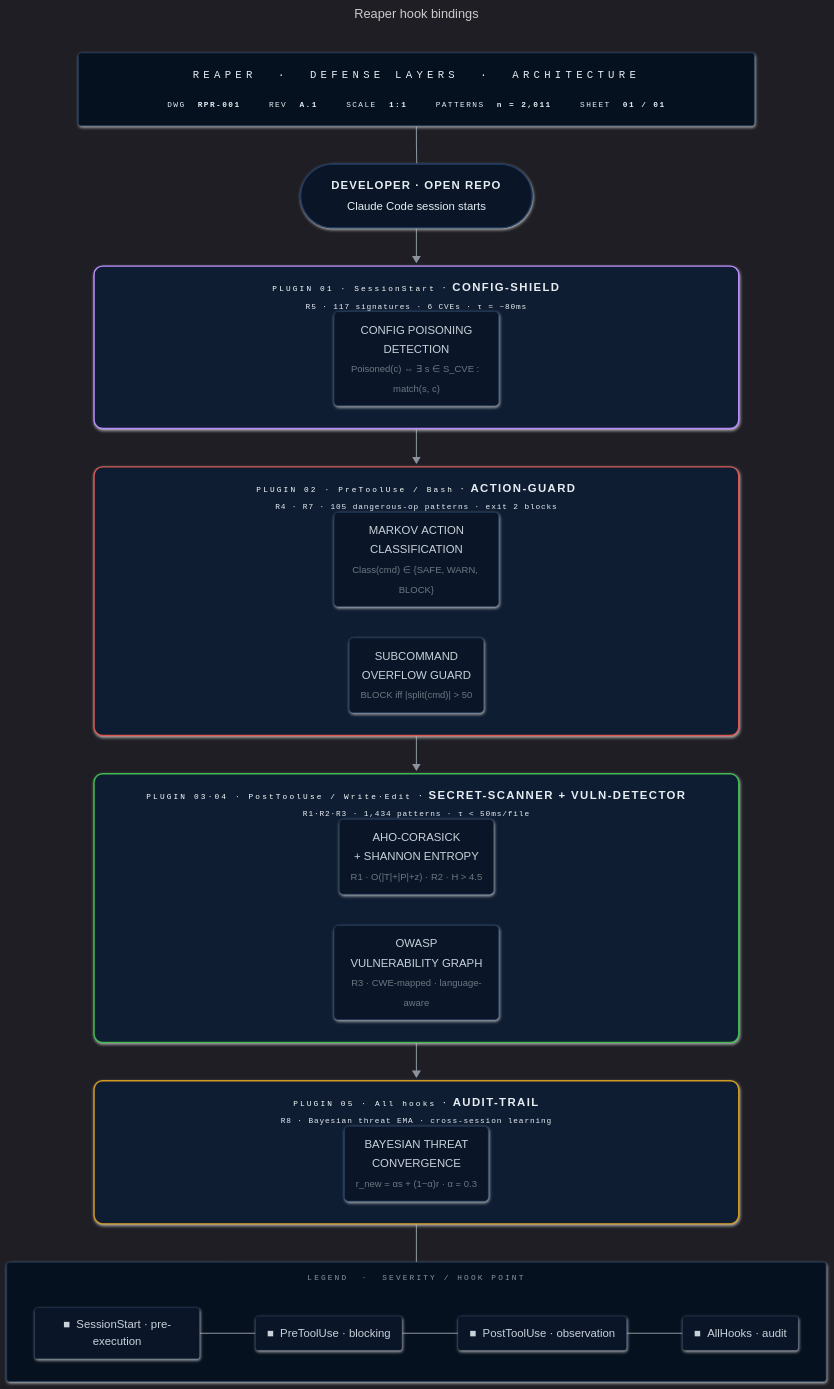
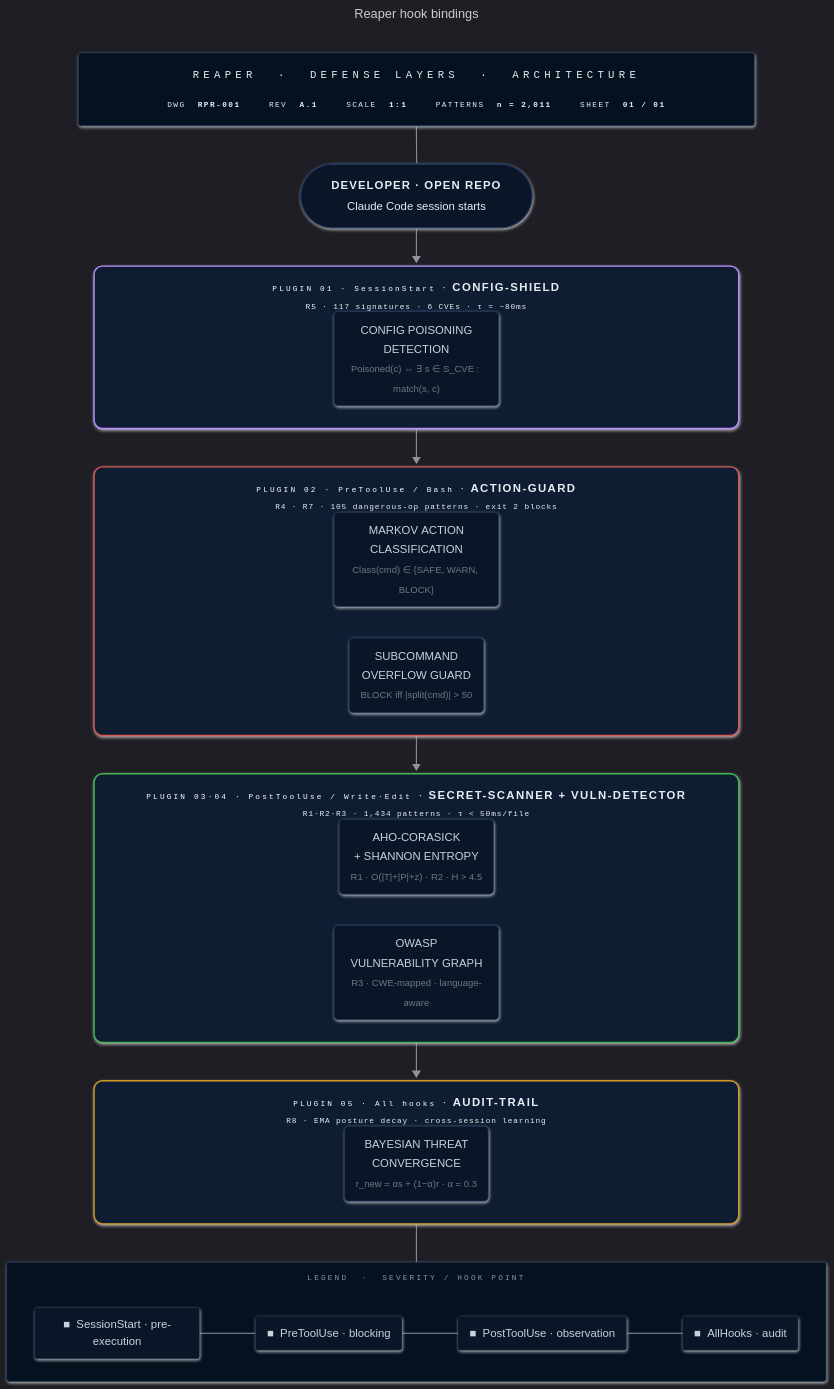
Before and after one commit to enchanter-ai/hydra: the diagram in docs/assets/pipeline.mmd, drawn with Mermaid. The commit also changed 9 other files, not shown here.

```diff
--- a/docs/assets/pipeline.mmd
+++ b/docs/assets/pipeline.mmd
@@ -1,72 +1,72 @@
 ---
 title: Reaper hook bindings
 config:
   look: neo
   theme: dark
   flowchart:
     curve: basis
     padding: 18
     nodeSpacing: 44
     rankSpacing: 54
     htmlLabels: true
     subGraphTitleMargin:
       top: 14
       bottom: 18
 ---
 flowchart TD
     TitleBlock["<div style='font-family:ui-monospace,SFMono-Regular,Consolas,monospace;text-align:center;min-width:900px;padding:6px 10px;line-height:1.8'><div style='color:#58a6ff;font-size:15px;letter-spacing:6px;border-bottom:1px solid #1e3a5f;padding-bottom:10px;margin-bottom:10px'>REAPER &nbsp;·&nbsp; DEFENSE&nbsp;LAYERS &nbsp;·&nbsp; ARCHITECTURE</div><div style='display:flex;gap:40px;justify-content:center;font-size:11px;color:#8b949e;letter-spacing:2px'><span>DWG&nbsp;&nbsp;<b style='color:#e6edf3'>RPR-001</b></span><span>REV&nbsp;&nbsp;<b style='color:#e6edf3'>A.1</b></span><span>SCALE&nbsp;&nbsp;<b style='color:#e6edf3'>1:1</b></span><span>PATTERNS&nbsp;&nbsp;<b style='color:#e6edf3'>n&nbsp;=&nbsp;2,011</b></span><span>SHEET&nbsp;&nbsp;<b style='color:#e6edf3'>01&nbsp;/&nbsp;01</b></span></div></div>"]
 
     User(["<div style='text-align:center;line-height:1.8;padding:4px 12px'><b style='letter-spacing:1.5px'>DEVELOPER&nbsp;·&nbsp;OPEN&nbsp;REPO</b><br/><span style='color:#8b949e;font-size:12px'>Claude Code session starts</span></div>"])
 
     subgraph SS["<div style='text-align:center;min-width:900px;line-height:2'><div><span style='font-family:ui-monospace,monospace;color:#8b949e;font-size:11px;letter-spacing:3px'>PLUGIN&nbsp;01&nbsp;·&nbsp;SessionStart</span>&nbsp;&nbsp;·&nbsp;&nbsp;<b style='letter-spacing:2px'>CONFIG-SHIELD</b></div><div style='color:#6e7681;font-size:11px;font-family:ui-monospace,monospace;letter-spacing:1.2px'>R5&nbsp;·&nbsp;117&nbsp;signatures&nbsp;·&nbsp;6&nbsp;CVEs&nbsp;·&nbsp;τ&nbsp;≈&nbsp;~80ms</div></div>"]
         direction LR
         config["<div style='text-align:center;line-height:1.7'>CONFIG&nbsp;POISONING<br/>DETECTION<br/><small style='color:#6e7681'>Poisoned(c) ⇔ ∃ s ∈ S_CVE : match(s, c)</small></div>"]
     end
 
     subgraph Pre["<div style='text-align:center;min-width:900px;line-height:2'><div><span style='font-family:ui-monospace,monospace;color:#8b949e;font-size:11px;letter-spacing:3px'>PLUGIN&nbsp;02&nbsp;·&nbsp;PreToolUse&nbsp;/&nbsp;Bash</span>&nbsp;&nbsp;·&nbsp;&nbsp;<b style='letter-spacing:2px'>ACTION-GUARD</b></div><div style='color:#6e7681;font-size:11px;font-family:ui-monospace,monospace;letter-spacing:1.2px'>R4 · R7&nbsp;·&nbsp;105&nbsp;dangerous-op&nbsp;patterns&nbsp;·&nbsp;exit&nbsp;2&nbsp;blocks</div></div>"]
         direction LR
         guard["<div style='text-align:center;line-height:1.7'>MARKOV&nbsp;ACTION<br/>CLASSIFICATION<br/><small style='color:#6e7681'>Class(cmd) ∈ {SAFE, WARN, BLOCK}</small></div>"]
         overflow["<div style='text-align:center;line-height:1.7'>SUBCOMMAND<br/>OVERFLOW&nbsp;GUARD<br/><small style='color:#6e7681'>BLOCK iff |split(cmd)| > 50</small></div>"]
     end
 
     subgraph Post["<div style='text-align:center;min-width:900px;line-height:2'><div><span style='font-family:ui-monospace,monospace;color:#8b949e;font-size:11px;letter-spacing:3px'>PLUGIN&nbsp;03·04&nbsp;·&nbsp;PostToolUse&nbsp;/&nbsp;Write·Edit</span>&nbsp;&nbsp;·&nbsp;&nbsp;<b style='letter-spacing:2px'>SECRET-SCANNER&nbsp;+&nbsp;VULN-DETECTOR</b></div><div style='color:#6e7681;font-size:11px;font-family:ui-monospace,monospace;letter-spacing:1.2px'>R1·R2·R3&nbsp;·&nbsp;1,434&nbsp;patterns&nbsp;·&nbsp;τ&nbsp;&lt;&nbsp;50ms/file</div></div>"]
         direction LR
         secrets["<div style='text-align:center;line-height:1.7'>AHO-CORASICK<br/>+ SHANNON ENTROPY<br/><small style='color:#6e7681'>R1 · O(|T|+|P|+z) · R2 · H > 4.5</small></div>"]
         vulns["<div style='text-align:center;line-height:1.7'>OWASP<br/>VULNERABILITY&nbsp;GRAPH<br/><small style='color:#6e7681'>R3 · CWE-mapped · language-aware</small></div>"]
     end
 
-    subgraph Audit["<div style='text-align:center;min-width:900px;line-height:2'><div><span style='font-family:ui-monospace,monospace;color:#8b949e;font-size:11px;letter-spacing:3px'>PLUGIN&nbsp;05&nbsp;·&nbsp;All&nbsp;hooks</span>&nbsp;&nbsp;·&nbsp;&nbsp;<b style='letter-spacing:2px'>AUDIT-TRAIL</b></div><div style='color:#6e7681;font-size:11px;font-family:ui-monospace,monospace;letter-spacing:1.2px'>R8&nbsp;·&nbsp;Bayesian&nbsp;threat&nbsp;EMA&nbsp;·&nbsp;cross-session&nbsp;learning</div></div>"]
+    subgraph Audit["<div style='text-align:center;min-width:900px;line-height:2'><div><span style='font-family:ui-monospace,monospace;color:#8b949e;font-size:11px;letter-spacing:3px'>PLUGIN&nbsp;05&nbsp;·&nbsp;All&nbsp;hooks</span>&nbsp;&nbsp;·&nbsp;&nbsp;<b style='letter-spacing:2px'>AUDIT-TRAIL</b></div><div style='color:#6e7681;font-size:11px;font-family:ui-monospace,monospace;letter-spacing:1.2px'>R8&nbsp;·&nbsp;EMA&nbsp;posture&nbsp;decay&nbsp;·&nbsp;cross-session&nbsp;learning</div></div>"]
         direction LR
         audit["<div style='text-align:center;line-height:1.7'>BAYESIAN&nbsp;THREAT<br/>CONVERGENCE<br/><small style='color:#6e7681'>r_new = αs + (1−α)r · α = 0.3</small></div>"]
     end
 
     subgraph Legend["<div style='font-family:ui-monospace,monospace;color:#8b949e;font-size:11px;letter-spacing:3px;min-width:900px;text-align:center'>LEGEND&nbsp;&nbsp;·&nbsp;&nbsp;SEVERITY&nbsp;/&nbsp;HOOK&nbsp;POINT</div>"]
         direction LR
         lg1["<span style='color:#bc8cff'>■</span>&nbsp;&nbsp;SessionStart&nbsp;·&nbsp;pre-execution"] --- lg2["<span style='color:#d75952'>■</span>&nbsp;&nbsp;PreToolUse&nbsp;·&nbsp;blocking"] --- lg3["<span style='color:#3fb950'>■</span>&nbsp;&nbsp;PostToolUse&nbsp;·&nbsp;observation"] --- lg4["<span style='color:#d29922'>■</span>&nbsp;&nbsp;AllHooks&nbsp;·&nbsp;audit"]
     end
 
     TitleBlock ~~~ User
     User --> SS
     SS --> Pre
     Pre --> Post
     Post --> Audit
     Audit ~~~ Legend
 
     classDef step fill:#0a1628,stroke:#1e3a5f,stroke-width:1px,color:#c9d1d9,rx:6,ry:6
     classDef userNode fill:#0a1628,stroke:#1e3a5f,stroke-width:1.5px,color:#e6edf3,rx:10,ry:10
     classDef titleBlock fill:#06111f,stroke:#1e3a5f,stroke-width:1px,color:#e6edf3,rx:4,ry:4
     classDef legend fill:#06111f,stroke:#1e3a5f,stroke-width:1px,color:#8b949e,rx:4,ry:4
     classDef legendItem fill:#0a1628,stroke:#1e3a5f,stroke-width:0.5px,color:#c9d1d9,rx:4,ry:4
 
     class User userNode
     class config,guard,overflow,secrets,vulns,audit step
     class TitleBlock titleBlock
     class Legend legend
     class lg1,lg2,lg3,lg4 legendItem
 
     style SS fill:#0f1d33,stroke:#bc8cff,stroke-width:2px,color:#e6edf3,rx:12,ry:12
     style Pre fill:#0f1d33,stroke:#d75952,stroke-width:2px,color:#e6edf3,rx:12,ry:12
     style Post fill:#0f1d33,stroke:#3fb950,stroke-width:2px,color:#e6edf3,rx:12,ry:12
     style Audit fill:#0f1d33,stroke:#d29922,stroke-width:2px,color:#e6edf3,rx:12,ry:12
 
     linkStyle default stroke:#8b949e,stroke-width:1.5px
```
